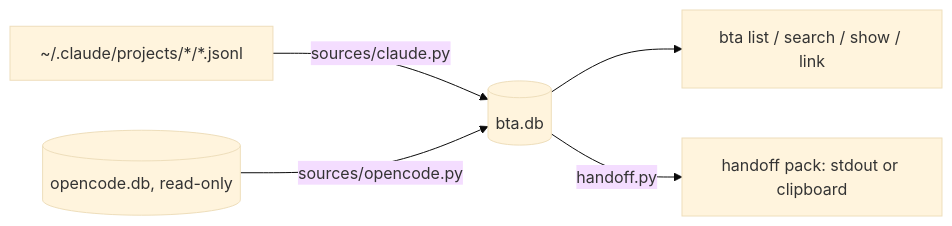
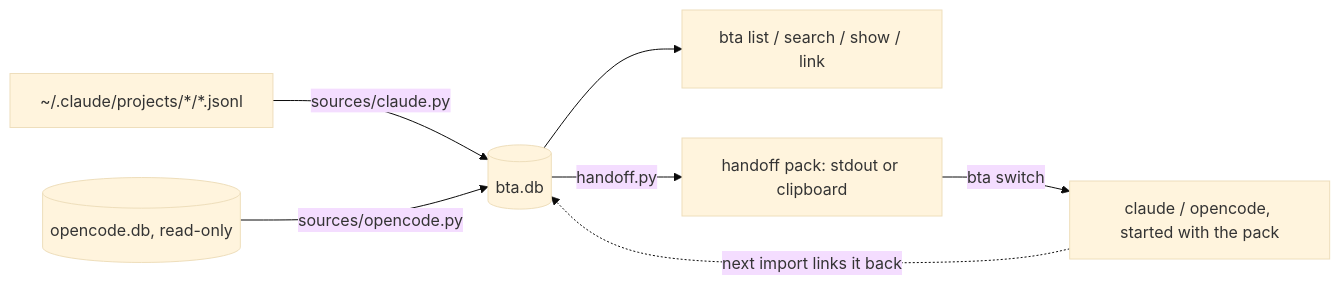
One commit to obakeng-develops/better-agent changed the diagram in lode/summary.md. Above: the diagram before and after it, drawn with Mermaid (base theme). The commit also changed other lines of this file and 7 other files, not shown here.

First line of the commit message:
Add bta switch to continue a session in the other agent

````diff
--- a/lode/summary.md
+++ b/lode/summary.md
@@ -5,7 +5,9 @@
 ```mermaid
 flowchart LR
   CC[~/.claude/projects/*/*.jsonl] -->|sources/claude.py| DB[(bta.db)]
   OC[(opencode.db, read-only)] -->|sources/opencode.py| DB
   DB --> CLI[bta list / search / show / link]
   DB -->|handoff.py| PACK[handoff pack: stdout or clipboard]
+  PACK -->|bta switch| AG[claude / opencode, started with the pack]
+  AG -.->|next import links it back| DB
 ```
````
